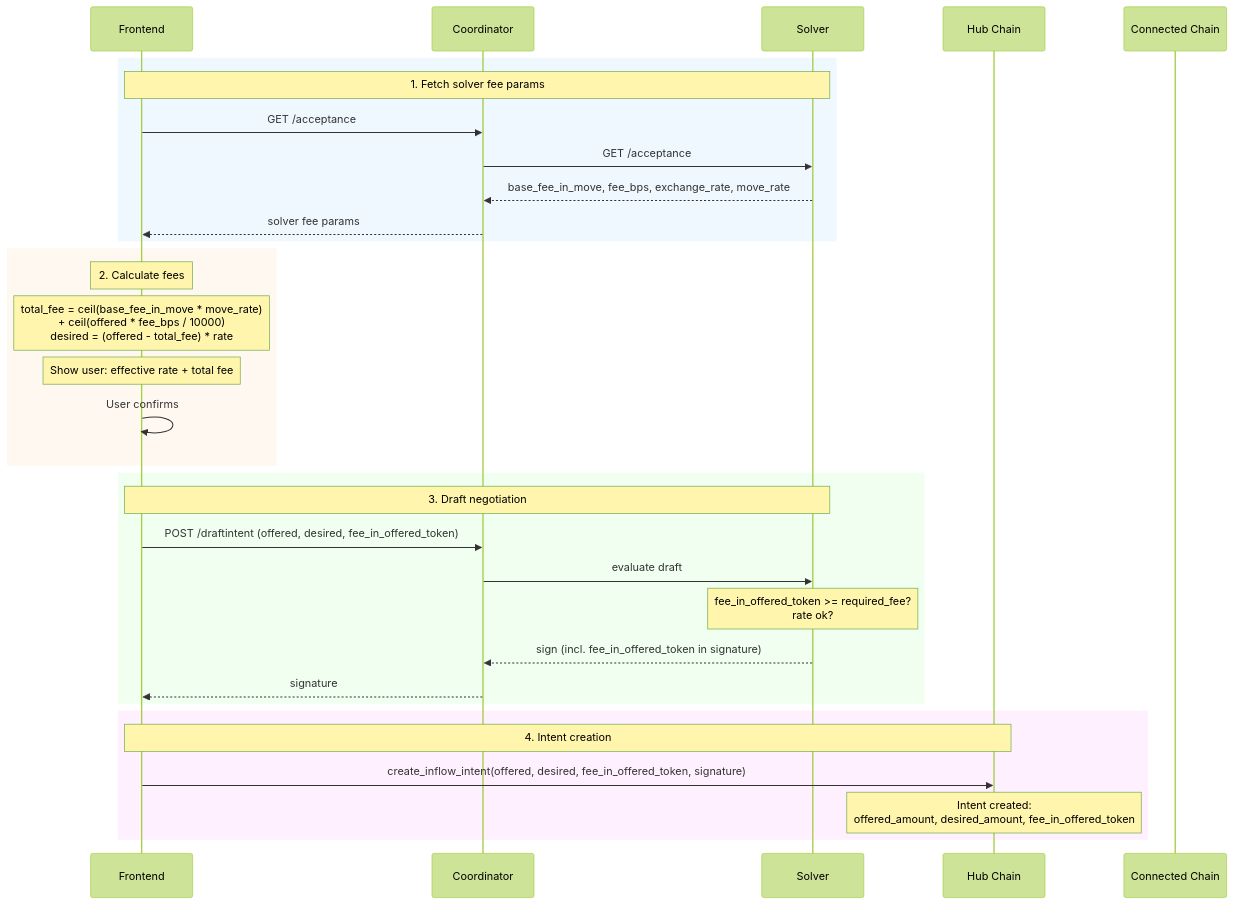
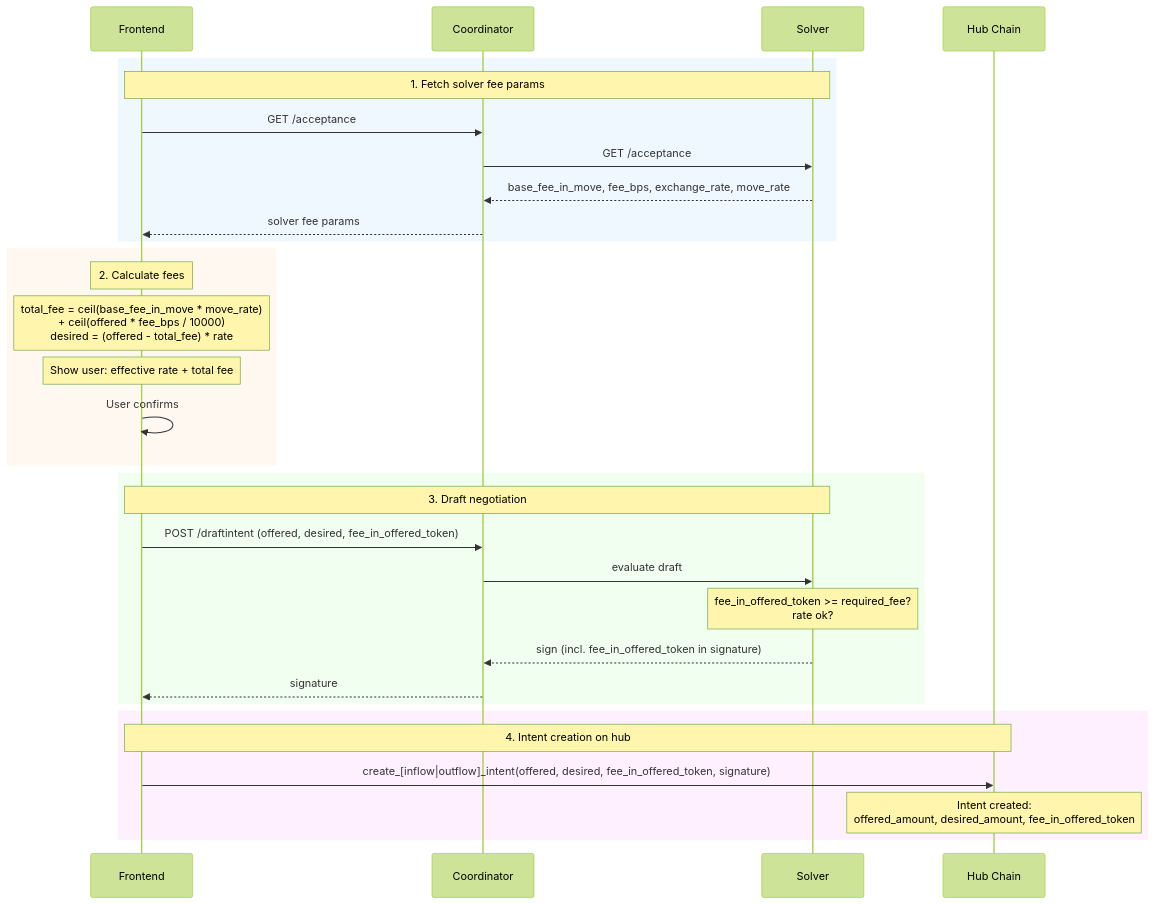
The diagram in docs/architecture/rates_and_fees.md (MoveIndustries/int3nts), drawn with Mermaid (forest theme) before and after one commit. The commit also changed other lines of this file and 11 other files, not shown here.

First line of the commit message:
feat: add fee mechanism for outflow intents

````diff
--- a/docs/architecture/rates_and_fees.md
+++ b/docs/architecture/rates_and_fees.md
@@ -115,39 +115,38 @@
 ```mermaid
 sequenceDiagram
     participant F as Frontend
     participant C as Coordinator
     participant S as Solver
     participant H as Hub Chain
-    participant CC as Connected Chain
 
     rect rgb(240, 248, 255)
     Note over F,S: 1. Fetch solver fee params
     F->>C: GET /acceptance
     C->>S: GET /acceptance
     S-->>C: base_fee_in_move, fee_bps, exchange_rate, move_rate
     C-->>F: solver fee params
     end
 
     rect rgb(255, 248, 240)
     Note over F: 2. Calculate fees
     Note over F: total_fee = ceil(base_fee_in_move * move_rate)<br/>+ ceil(offered * fee_bps / 10000)<br/>desired = (offered - total_fee) * rate
     Note over F: Show user: effective rate + total fee
     F->>F: User confirms
     end
 
     rect rgb(240, 255, 240)
     Note over F,S: 3. Draft negotiation
     F->>C: POST /draftintent (offered, desired, fee_in_offered_token)
     C->>S: evaluate draft
     Note over S: fee_in_offered_token >= required_fee?<br/>rate ok?
     S-->>C: sign (incl. fee_in_offered_token in signature)
     C-->>F: signature
     end
 
     rect rgb(255, 240, 255)
-    Note over F,H: 4. Intent creation
-    F->>H: create_inflow_intent(offered, desired, fee_in_offered_token, signature)
+    Note over F,H: 4. Intent creation on hub
+    F->>H: create_[inflow|outflow]_intent(offered, desired, fee_in_offered_token, signature)
     Note over H: Intent created:<br/>offered_amount, desired_amount, fee_in_offered_token
     end
 
 ```
````
